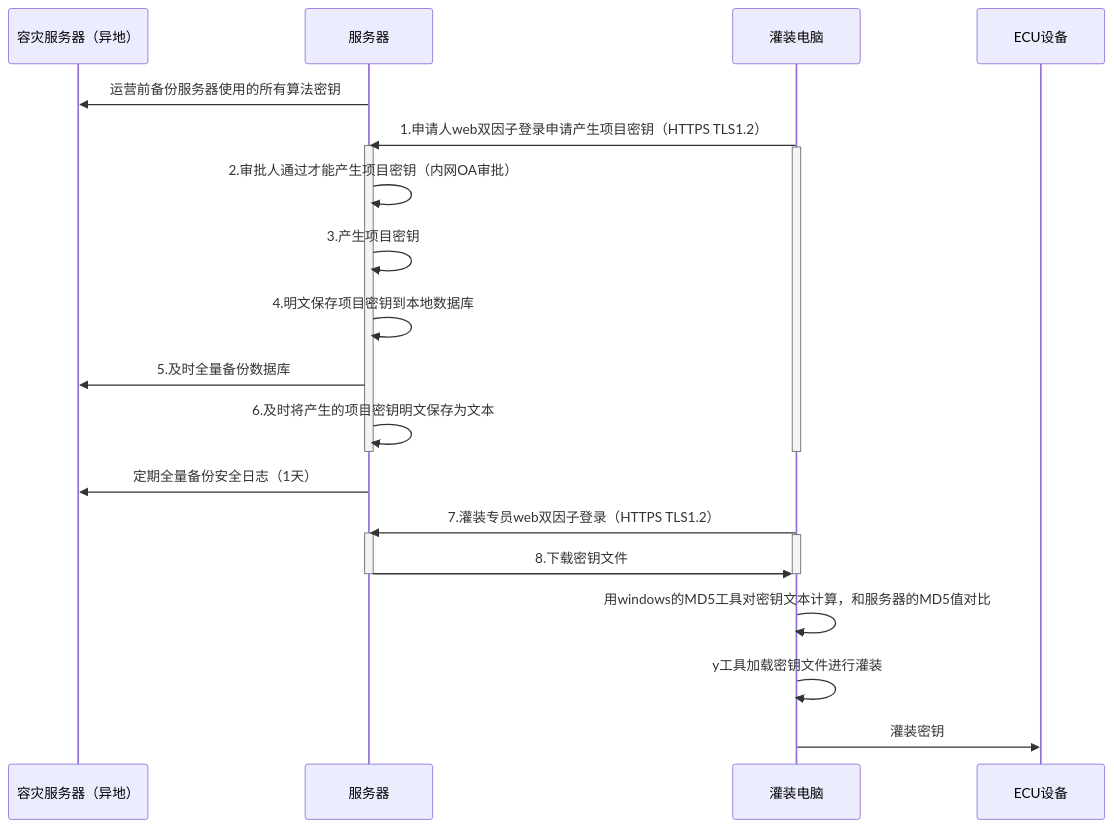
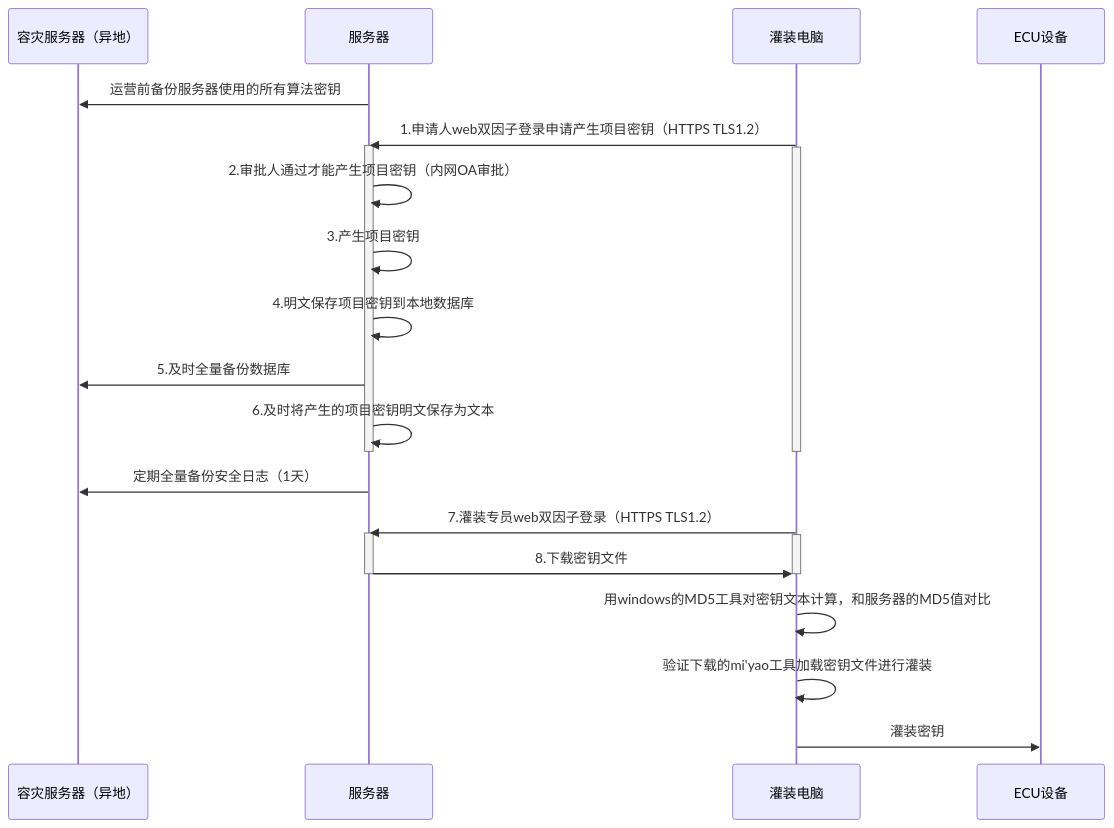
Before and after one commit to facebook-cloud/iodraw-files: the diagram in all/未命名-17.md, drawn with Mermaid.

Commit message:
2026-03-05 20:56:00 update

````diff
--- a/all/未命名-17.md
+++ b/all/未命名-17.md
@@ -1,33 +1,33 @@
 ```mermaid
 sequenceDiagram
     participant A as 容灾服务器（异地）
     participant B as 服务器
     participant D as 灌装电脑
     participant E as ECU设备
 
     B->>A: 运营前备份服务器使用的所有算法密钥
     D->>B: 1.申请人web双因子登录申请产生项目密钥（HTTPS TLS1.2）
     activate B
     activate D
     B->>B: 2.审批人通过才能产生项目密钥（内网OA审批）
     B->>B: 3.产生项目密钥
     B->>B: 4.明文保存项目密钥到本地数据库
     B->>A: 5.及时全量备份数据库
     B->>B: 6.及时将产生的项目密钥明文保存为文本
     deactivate B
     deactivate D
 
     B->>A: 定期全量备份安全日志（1天）
     
     D->>B: 7.灌装专员web双因子登录（HTTPS TLS1.2）
     activate B
     activate D
     B->>D: 8.下载密钥文件
     deactivate B
     deactivate D
 
     D->>D:用windows的MD5工具对密钥文本计算，和服务器的MD5值对比
-    D->>D:y工具加载密钥文件进行灌装
+    D->>D:验证下载的mi'yao工具加载密钥文件进行灌装
     
     D->>E: 灌装密钥
 ```
````
